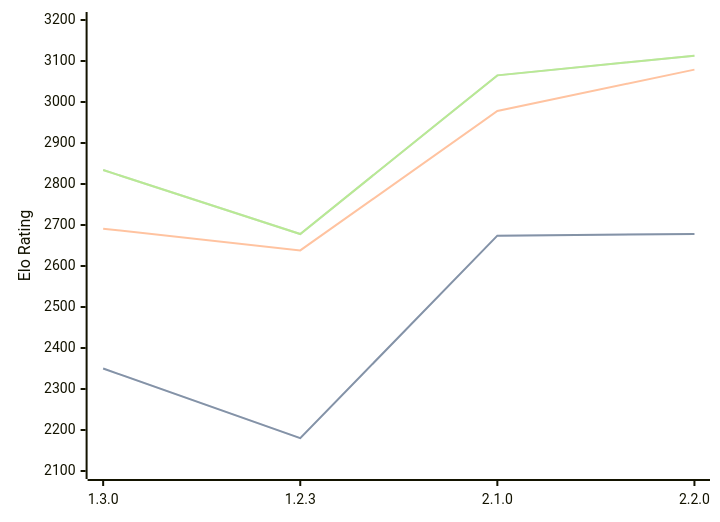
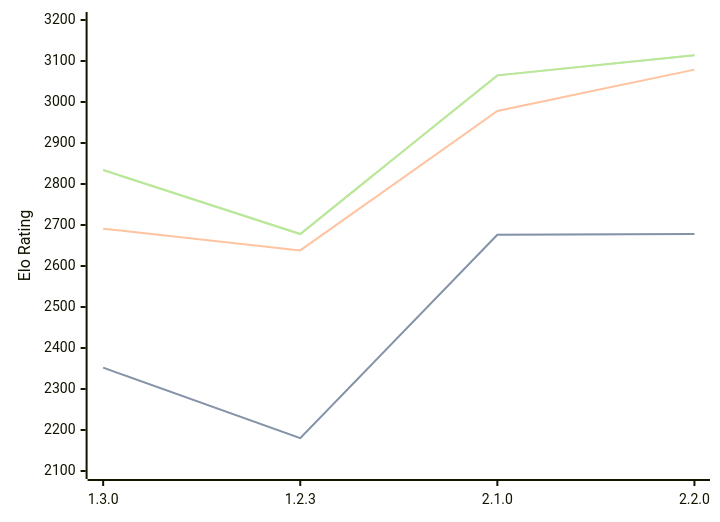
One commit to computer-chess-index/cci changed the diagram in engines/Aspen.md. Above: the diagram before and after it, drawn with Mermaid. The commit also changed other lines of this file, not shown here.

Commit message:
Update CCI Ratings (ELO VLTC) - 2026-07-25

````diff
--- a/engines/Aspen.md
+++ b/engines/Aspen.md
@@ -43,11 +43,11 @@
 ```mermaid
 %%{init: {"theme":"base","themeVariables":{"seriesColors:['#a3a3a3','#222221','#faa371']}}}%%
 xychart-beta
   x-axis ["1.3.0", "1.2.3", "2.1.0", "2.2.0"]
   y-axis "Elo Rating" 2100 --> 3200
-  line "STC (8.0+0.08s)" [2350, 2180, 2674, 2678]
-  line "STC (8.0+0.08s)" [2350, 2180, 2674, 2678]
+  line "STC (8.0+0.08s)" [2352, 2180, 2676, 2678]
+  line "STC (8.0+0.08s)" [2352, 2180, 2676, 2678]
   line "LTC (60.0+0.60s)" [2691, 2638, 2978, 3079]
-  line "VLTC (2m24s+1.12s)" [2834, 2678, 3065, 3113]
-  line "VLTC (2m24s+1.12s)" [2834, 2678, 3065, 3113]
+  line "VLTC (2m24s+1.12s)" [2834, 2678, 3065, 3114]
+  line "VLTC (2m24s+1.12s)" [2834, 2678, 3065, 3114]
 ```
````
